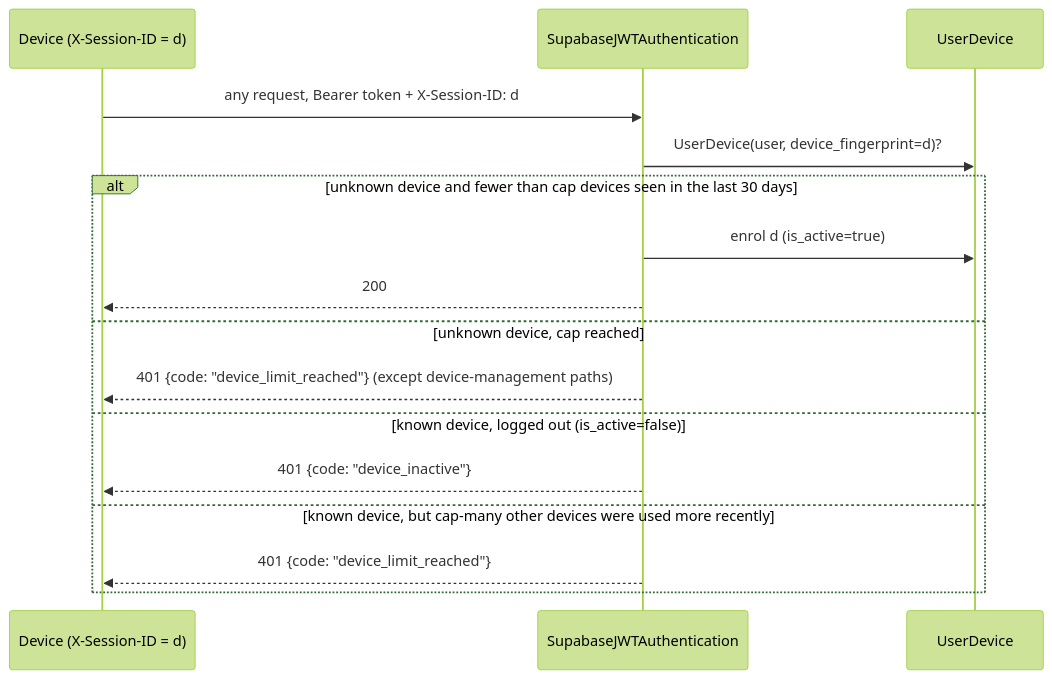
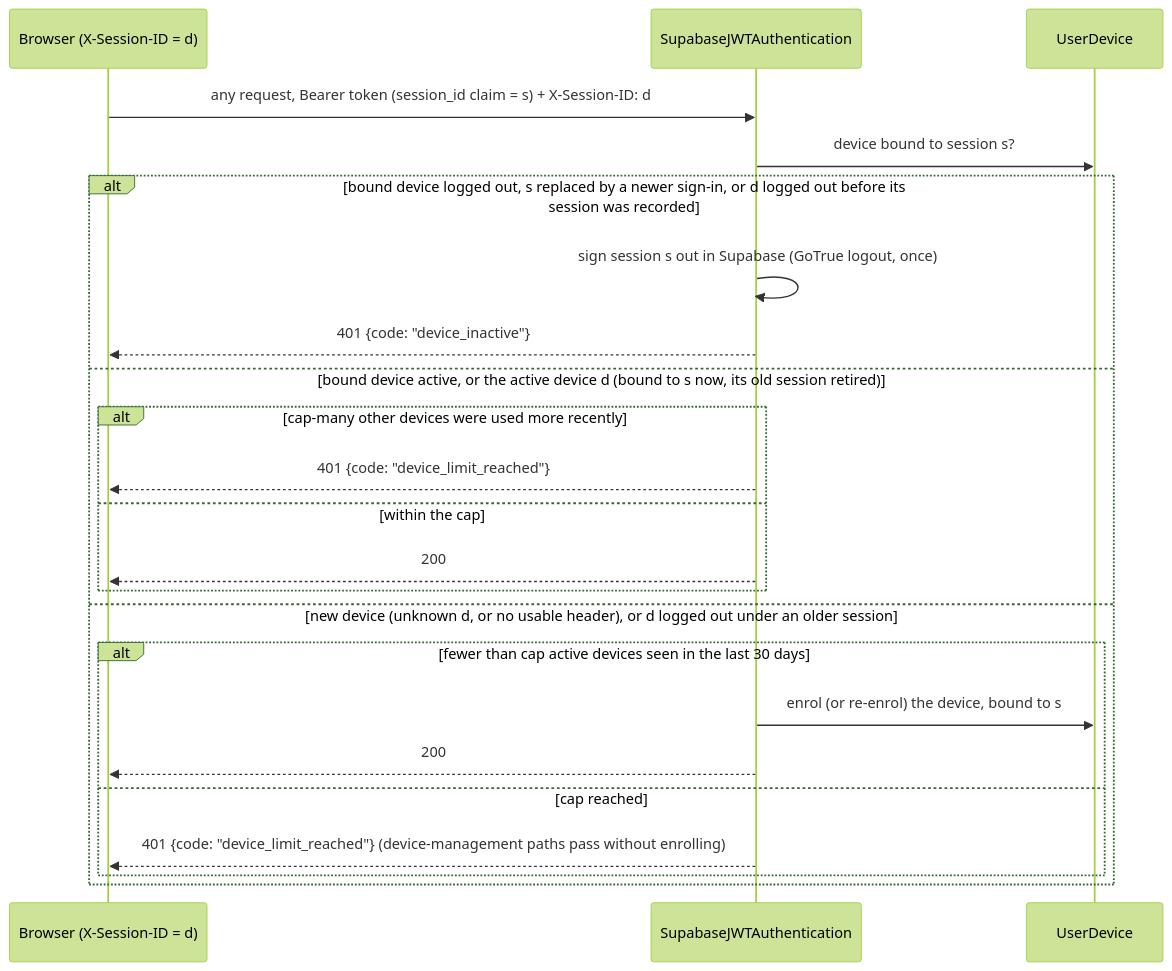
The fourth of 6 diagrams in docs/AUTHENTICATION.md (Divyanshu1Dubey/Crack_Me_AI), drawn with Mermaid (forest theme) before and after one commit. The commit also changed other lines of this file and 7 other files, not shown here.

````diff
--- a/docs/AUTHENTICATION.md
+++ b/docs/AUTHENTICATION.md
@@ -163,19 +173,26 @@
 ```mermaid
 sequenceDiagram
-    participant D as Device (X-Session-ID = d)
+    participant D as Browser (X-Session-ID = d)
     participant API as SupabaseJWTAuthentication
     participant DB as UserDevice
 
-    D->>API: any request, Bearer token + X-Session-ID: d
-    API->>DB: UserDevice(user, device_fingerprint=d)?
-    alt unknown device and fewer than cap devices seen in the last 30 days
-        API->>DB: enrol d (is_active=true)
-        API-->>D: 200
-    else unknown device, cap reached
-        API-->>D: 401 {code: "device_limit_reached"} (except device-management paths)
-    else known device, logged out (is_active=false)
+    D->>API: any request, Bearer token (session_id claim = s) + X-Session-ID: d
+    API->>DB: device bound to session s?
+    alt bound device logged out, s replaced by a newer sign-in, or d logged out before its session was recorded
+        API->>API: sign session s out in Supabase (GoTrue logout, once)
         API-->>D: 401 {code: "device_inactive"}
-    else known device, but cap-many other devices were used more recently
-        API-->>D: 401 {code: "device_limit_reached"}
+    else bound device active, or the active device d (bound to s now, its old session retired)
+        alt cap-many other devices were used more recently
+            API-->>D: 401 {code: "device_limit_reached"}
+        else within the cap
+            API-->>D: 200
+        end
+    else new device (unknown d, or no usable header), or d logged out under an older session
+        alt fewer than cap active devices seen in the last 30 days
+            API->>DB: enrol (or re-enrol) the device, bound to s
+            API-->>D: 200
+        else cap reached
+            API-->>D: 401 {code: "device_limit_reached"} (device-management paths pass without enrolling)
+        end
     end
 ```
````
